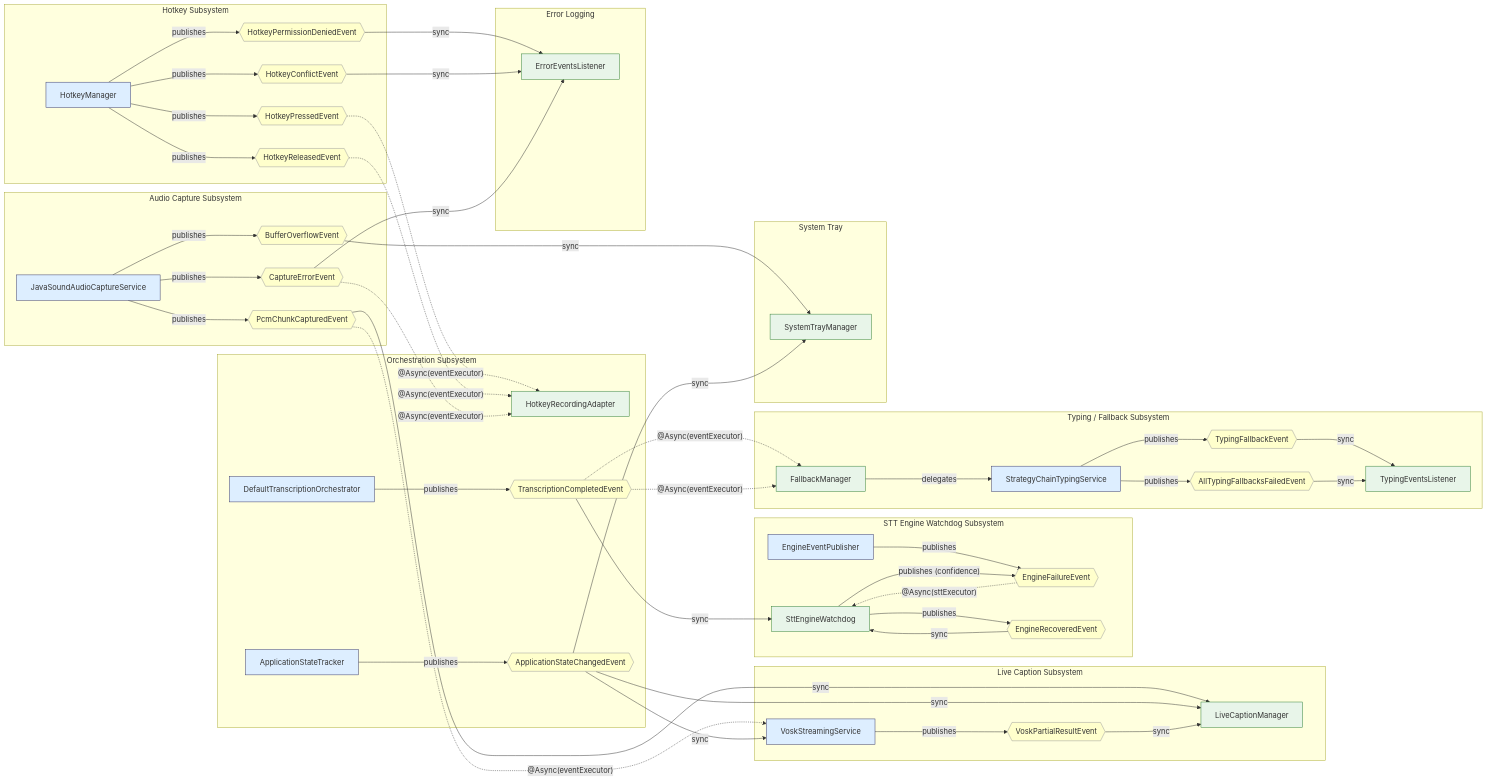
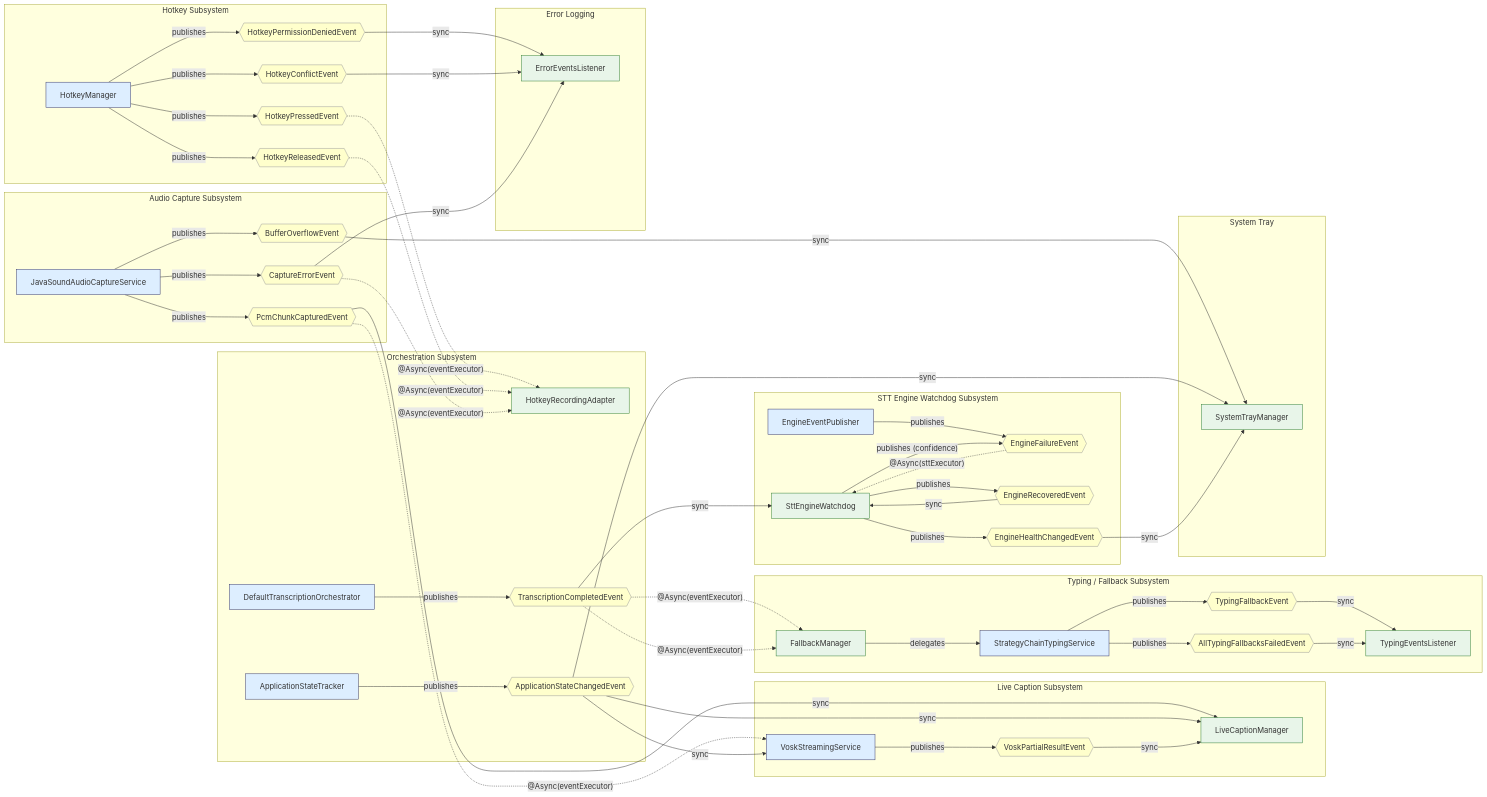
Before and after one commit to phillippitts/blckvox: the first of 4 diagrams in docs/diagrams/event-flow-map.md, drawn with Mermaid. The commit also changed other lines of this file and 18 other files, not shown here.

````diff
--- a/docs/diagrams/event-flow-map.md
+++ b/docs/diagrams/event-flow-map.md
@@ -48,6 +48,7 @@
         EEP[EngineEventPublisher]
         EFE{{EngineFailureEvent}}
         ERE{{EngineRecoveredEvent}}
+        EHCE{{EngineHealthChangedEvent}}
         SEW[SttEngineWatchdog]
     end
 
@@ -120,6 +121,9 @@
     SEW -->|publishes| ERE
     ERE -->|sync| SEW
 
+    SEW -->|publishes| EHCE
+    EHCE -->|sync| STM
+
     %% ── Typing fallback wiring ─────────────────────────────────────
     TC -.->|"@Async(eventExecutor)"| FM
     FM -->|delegates| SCTS
@@ -134,7 +138,7 @@
     classDef publisher fill:#ddeeff,stroke:#336,stroke-width:1px
     classDef listener fill:#e8f5e9,stroke:#2e7d32,stroke-width:1px
 
-    class HP,HR,HPD,HC,ASC,PCC,BOE,CE,TC,VPR,EFE,ERE,TFE,ATFE event
+    class HP,HR,HPD,HC,ASC,PCC,BOE,CE,TC,VPR,EFE,ERE,EHCE,TFE,ATFE event
     class HM,JSACS,AST,DTO,VSS,EEP,SCTS publisher
     class HRA,EEL,LCM,STM,SEW,FM,TEL listener
 ```
````
